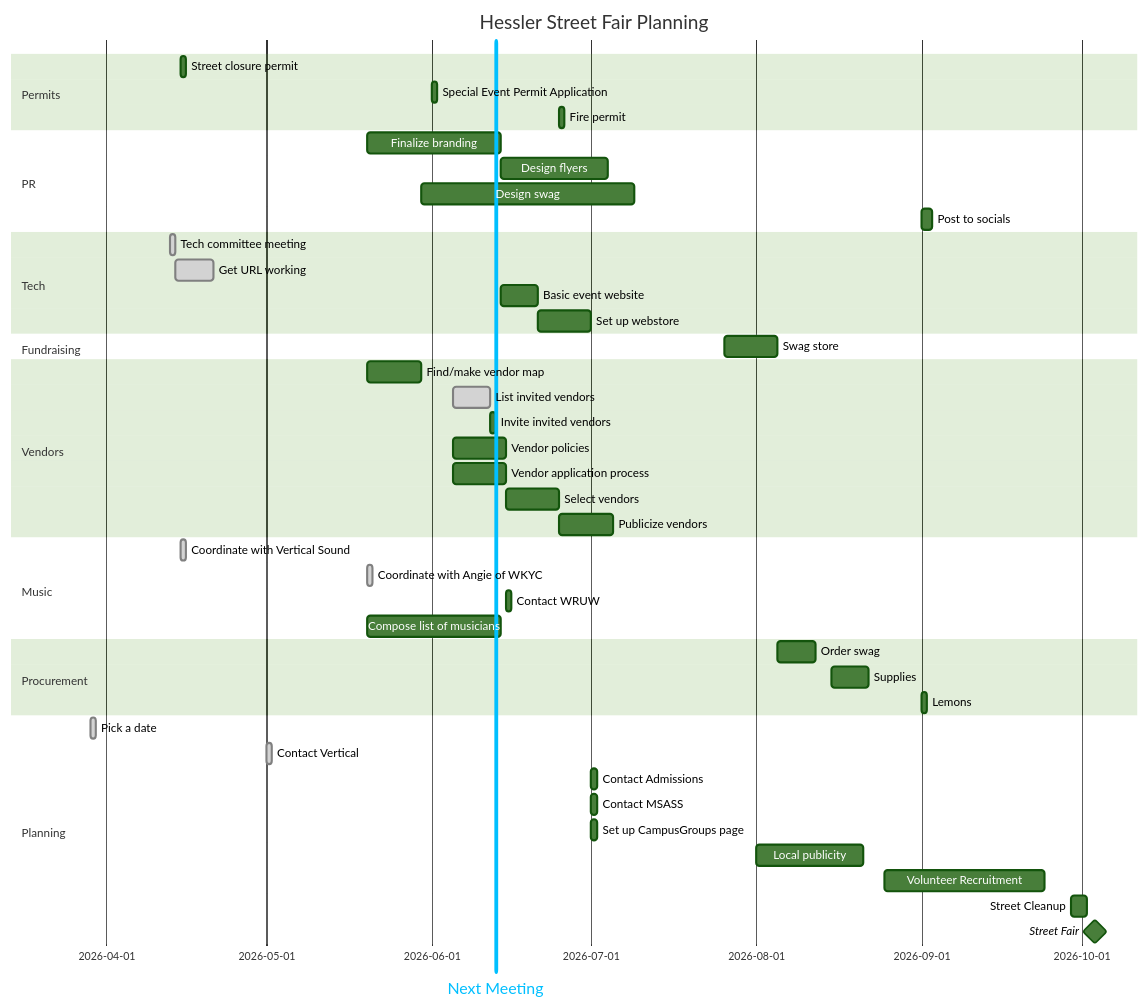
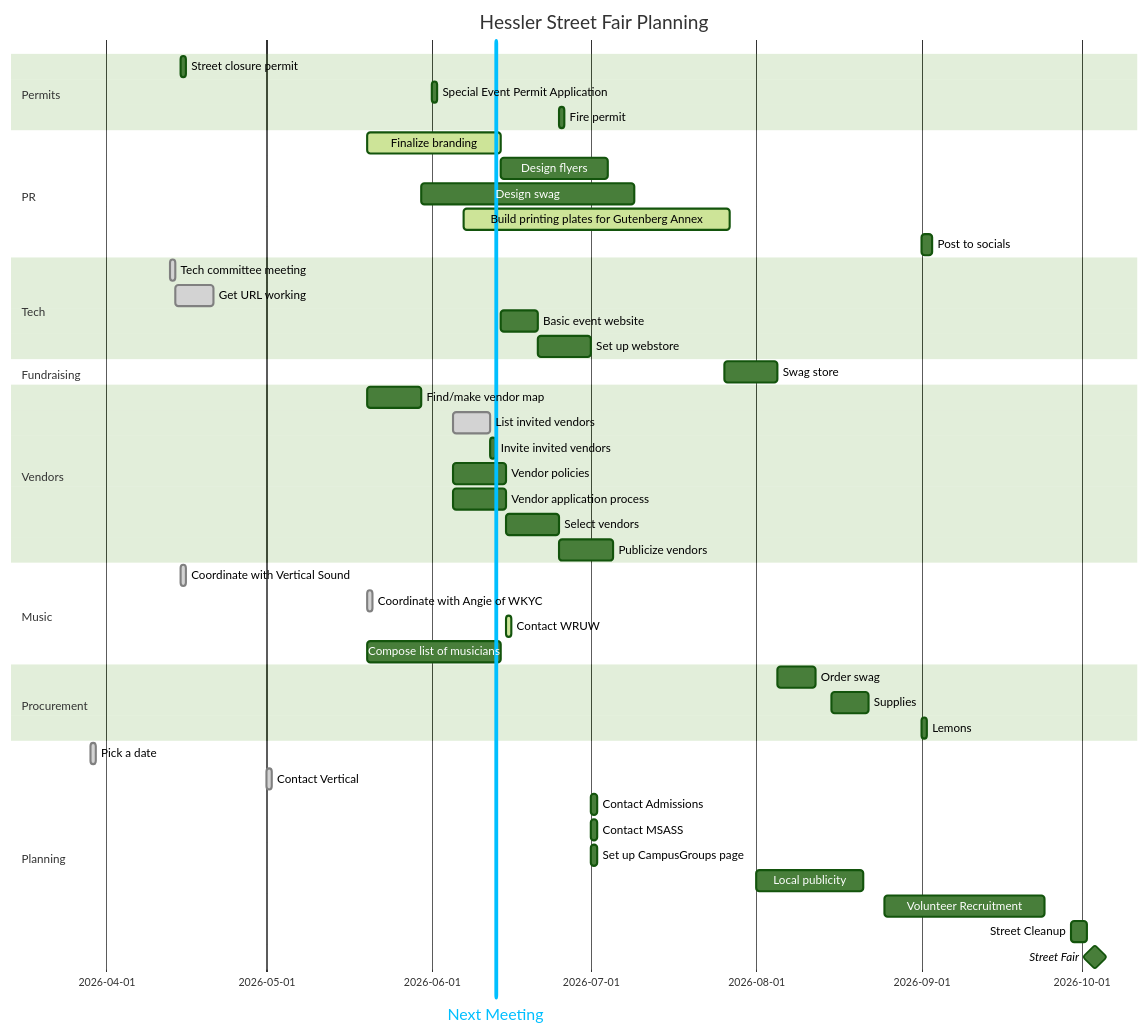
The first of 2 diagrams in files/fairplan.md (KCollins/KCollins.github.io), drawn with Mermaid before and after one commit.

````diff
--- a/files/fairplan.md
+++ b/files/fairplan.md
@@ -1,52 +1,53 @@
 ```mermaid
 %%{init: {'theme': 'forest'}}%%
 gantt
     title  Hessler Street Fair Planning
     dateFormat YYYY-MM-DD
     section Permits
             Street closure permit    :streetpermit, 2026-04-15, 1d
             Special Event Permit Application    :eventpermit, 2026-06-01, 1d
             Fire permit    :firepermit, after vendorselect eventpermit, 1d
 
     section PR
-            Finalize branding : brand, 2026-05-20, 25d
+            Finalize branding :active, brand, 2026-05-20, 25d
             Design flyers : flyers, after brand, 20d
             Design swag    : designswag, 2026-05-30, 40d
+            Build printing plates for Gutenberg Annex: active, 3dplates, 2026-06-07, 50d
             Post to socials: socials, 2026-09-01, 2d
     section Tech
             Tech committee meeting: done, techmeet, 2026-04-13, 1d
             Get URL working:done, url, after techmeet, 7d
             Basic event website: basicsite, after brand, 7d
             Set up webstore: webstore, after basicsite, 10d
     section Fundraising
             Swag store    :swagstore, after designswag webstore swag, 10d
     section Vendors
             Find/make vendor map: vendormap, 2026-05-20, 10d
             List invited vendors: done, invitelist, 2026-06-05, 7d
             Invite invited vendors: invite, after invitelist eventpermit, 1d
             Vendor policies: policy, 2026-06-05, 10d
             Vendor application process: vendorapp, 2026-06-05, 10d
             Select vendors: vendorselect, after invitelist vendorapp, 10d
             Publicize vendors: vendor-announce, after vendorselect, 10d
     section Music
             Coordinate with Vertical Sound    :done, vertical, 2026-04-15, 1d
             Coordinate with Angie of WKYC    : done, wkyc, 2026-05-20, 1d
-            Contact WRUW: wruw, 2026-06-15, 1d
+            Contact WRUW:active,  wruw, 2026-06-15, 1d
             Compose list of musicians: musiclist, 2026-05-20, 25d
     section Procurement
             Order swag:   swag, after swagstore, 7d
             Supplies: supplies, 2026-08-15, 7d
             Lemons: lemons, 2026-09-01, 1d
     section Planning
             Pick a date :done, pick, 2026-03-29, 1d
             Next Meeting :vert, v1, 2026-06-13, 0d
             Contact Vertical: done, vertical, 2026-05-01, 1d
             Contact Admissions: admissions, 2026-07-01, 1d
             Contact MSASS: msass, 2026-07-01, 1d
             Set up CampusGroups page: campusgroups, 2026-07-01, 1d
             Local publicity: publicize, 2026-08-01, 20d
             Volunteer Recruitment: recruit, 2026-08-25, 30d
             Street Cleanup: cleanup, 2026-09-29, 3d
             Street Fair        :milestone, streetfair, 2026-10-03, 1d
 
 ```
````
